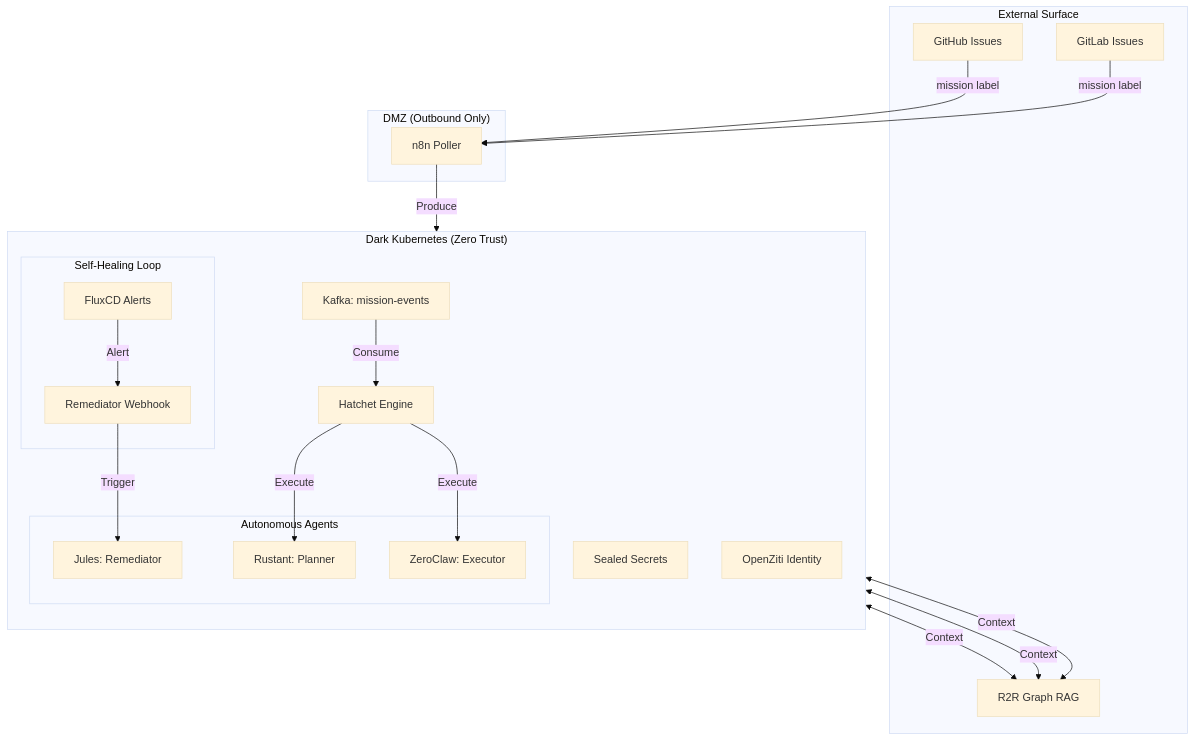
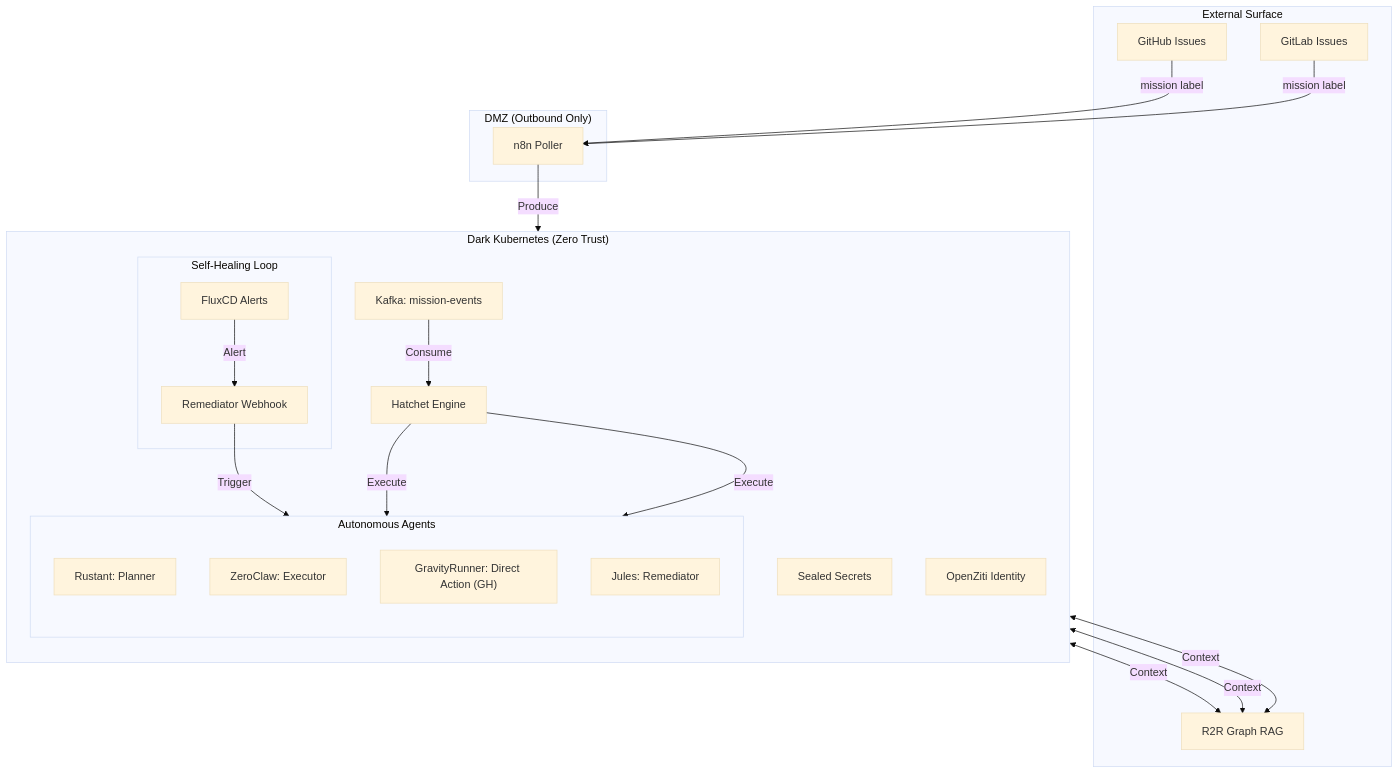
The first of 2 diagrams in wiki/architecture.md (lgcorzo/rust_CACD_autonomous_factory), drawn with Mermaid (base theme) before and after one commit. The commit also changed other lines of this file and 4 other files, not shown here.

````diff
--- a/wiki/architecture.md
+++ b/wiki/architecture.md
@@ -9,44 +9,46 @@
 ```mermaid
 graph TB
     subgraph "External Surface"
         GH[GitHub Issues]
         GL[GitLab Issues]
         R2R[R2R Graph RAG]
     end
 
     subgraph "DMZ (Outbound Only)"
         NP[n8n Poller]
     end
 
     subgraph "Dark Kubernetes (Zero Trust)"
         direction TB
         K[Kafka: mission-events]
         H[Hatchet Engine]
         
         subgraph "Autonomous Agents"
+            direction TB
             R[Rustant: Planner]
             Z[ZeroClaw: Executor]
+            G["GravityRunner: Direct Action (GH)"]
             J[Jules: Remediator]
         end
 
         subgraph "Self-Healing Loop"
             FC[FluxCD Alerts]
             RW[Remediator Webhook]
         end
         
         S[Sealed Secrets]
         OZ[OpenZiti Identity]
     end
 
     GH -->|mission label| NP
     GL -->|mission label| NP
     NP -->|Produce| K
     FC -->|Alert| RW
     RW -->|Trigger| J
     K -->|Consume| H
     H -->|Execute| R
     H -->|Execute| Z
     R <-->|Context| R2R
     Z <-->|Context| R2R
     J <-->|Context| R2R
 ```
````
